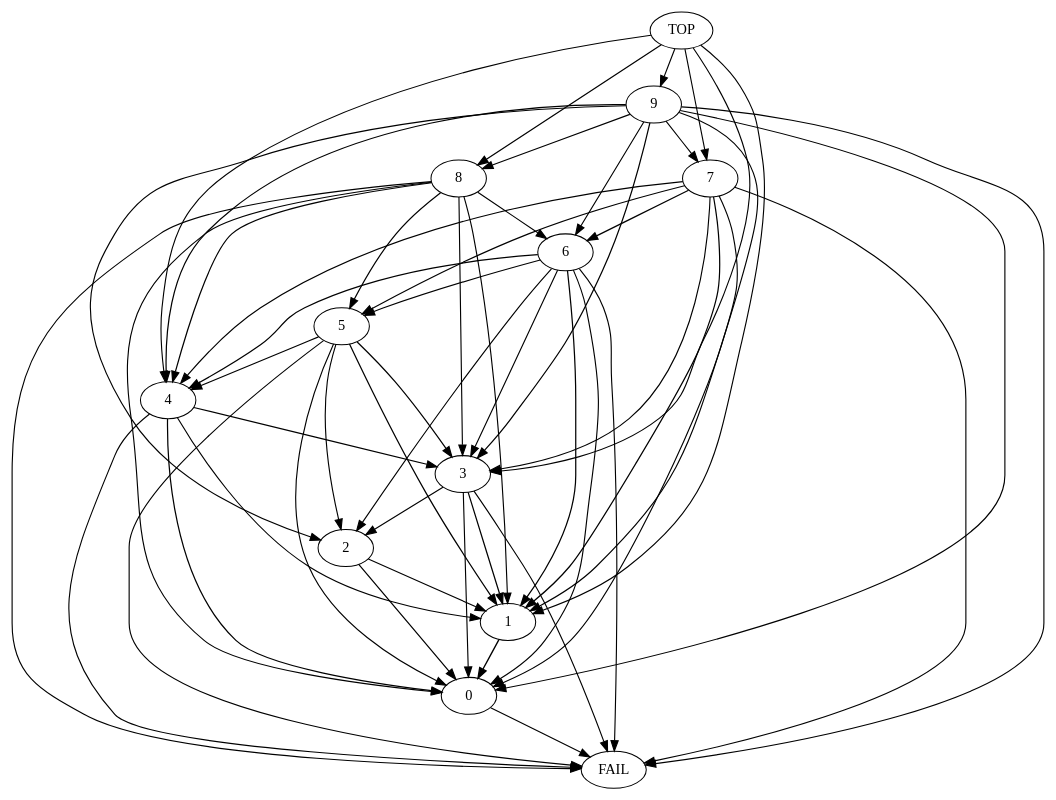
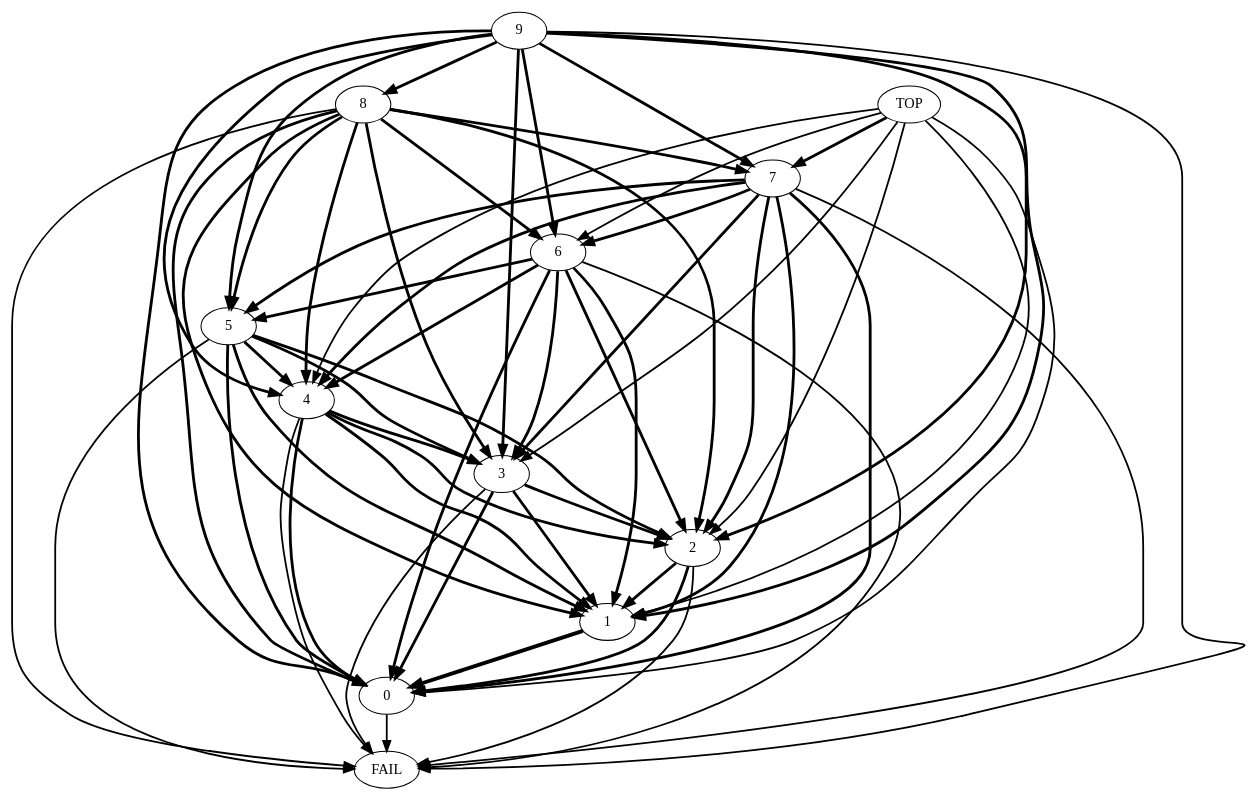
One commit to LostBitset/quiver_se changed the diagram in go_project/quiver-gviz/reprdigraph.dot. Above: the diagram before and after it, drawn with Graphviz. The commit also changed 2 other files, not shown here.

```diff
--- a/go_project/quiver-gviz/reprdigraph.dot
+++ b/go_project/quiver-gviz/reprdigraph.dot
@@ -1,70 +1,77 @@
 digraph  {
 	
-	n5[label="0"];
-	n6[label="1"];
-	n11[label="2"];
-	n4[label="3"];
-	n3[label="4"];
-	n8[label="5"];
-	n2[label="6"];
-	n1[label="7"];
-	n10[label="8"];
-	n9[label="9"];
-	n7[label="FAIL"];
+	n2[label="0"];
+	n7[label="1"];
+	n6[label="2"];
+	n5[label="3"];
+	n4[label="4"];
+	n3[label="5"];
+	n1[label="6"];
+	n9[label="7"];
+	n11[label="8"];
+	n10[label="9"];
+	n8[label="FAIL"];
 	n12[label="TOP"];
-	n5->n7[penwidth="1.1"];
-	n6->n5[penwidth="1.3"];
-	n11->n6[penwidth="1.1"];
-	n11->n5[penwidth="1.2"];
-	n4->n5[penwidth="1.1"];
-	n4->n6[penwidth="1.2"];
-	n4->n11[penwidth="1.1"];
-	n4->n7[penwidth="1.1"];
-	n3->n5[penwidth="1.2"];
-	n3->n4[penwidth="1.1"];
-	n3->n7[penwidth="1.1"];
-	n3->n6[penwidth="1.1"];
-	n8->n4[penwidth="1.2"];
-	n8->n7[penwidth="1.1"];
-	n8->n6[penwidth="1.2"];
-	n8->n3[penwidth="1.2"];
-	n8->n11[penwidth="1.1"];
-	n8->n5[penwidth="1.1"];
-	n2->n11[penwidth="1.1"];
-	n2->n6[penwidth="1.2"];
-	n2->n8[penwidth="1.1"];
-	n2->n3[penwidth="1.2"];
-	n2->n7[penwidth="1.1"];
-	n2->n5[penwidth="1.1"];
-	n2->n4[penwidth="1.1"];
-	n1->n4[penwidth="1.1"];
-	n1->n6[penwidth="1.2"];
-	n1->n5[penwidth="1.1"];
-	n1->n7[penwidth="1.1"];
-	n1->n3[penwidth="1.1"];
-	n1->n2[penwidth="1.2"];
-	n1->n8[penwidth="1.1"];
-	n10->n8[penwidth="1.2"];
-	n10->n6[penwidth="1.1"];
-	n10->n4[penwidth="1.1"];
-	n10->n7[penwidth="1.1"];
-	n10->n3[penwidth="1.2"];
-	n10->n5[penwidth="1.1"];
-	n10->n2[penwidth="1.1"];
-	n9->n6[penwidth="1.1"];
-	n9->n1[penwidth="1.1"];
-	n9->n5[penwidth="1.1"];
-	n9->n11[penwidth="1.1"];
-	n9->n2[penwidth="1.1"];
-	n9->n7[penwidth="1.1"];
-	n9->n4[penwidth="1.2"];
-	n9->n3[penwidth="1.2"];
-	n9->n10[penwidth="1.2"];
-	n12->n4[penwidth="1.1"];
-	n12->n6[penwidth="1.1"];
-	n12->n1[penwidth="1.1"];
-	n12->n9[penwidth="1.1"];
-	n12->n3[penwidth="1.1"];
-	n12->n10[penwidth="1.2"];
+	n2->n8[penwidth="1.75"];
+	n7->n2[penwidth="3.75"];
+	n6->n2[penwidth="2.75"];
+	n6->n8[penwidth="1.75"];
+	n6->n7[penwidth="2.75"];
+	n5->n7[penwidth="2.75"];
+	n5->n8[penwidth="1.75"];
+	n5->n6[penwidth="2.75"];
+	n5->n2[penwidth="2.75"];
+	n4->n2[penwidth="2.75"];
+	n4->n6[penwidth="2.75"];
+	n4->n5[penwidth="2.75"];
+	n4->n8[penwidth="1.75"];
+	n4->n7[penwidth="2.75"];
+	n3->n2[penwidth="2.75"];
+	n3->n4[penwidth="2.75"];
+	n3->n8[penwidth="1.75"];
+	n3->n6[penwidth="2.75"];
+	n3->n5[penwidth="2.75"];
+	n3->n7[penwidth="2.75"];
+	n1->n2[penwidth="2.75"];
+	n1->n7[penwidth="2.75"];
+	n1->n4[penwidth="2.75"];
+	n1->n8[penwidth="1.75"];
+	n1->n3[penwidth="2.75"];
+	n1->n5[penwidth="2.75"];
+	n1->n6[penwidth="2.75"];
+	n9->n5[penwidth="2.75"];
+	n9->n2[penwidth="2.75"];
+	n9->n7[penwidth="2.75"];
+	n9->n1[penwidth="2.75"];
+	n9->n6[penwidth="2.75"];
+	n9->n3[penwidth="2.75"];
+	n9->n4[penwidth="2.75"];
+	n9->n8[penwidth="1.75"];
+	n11->n1[penwidth="2.75"];
+	n11->n4[penwidth="2.75"];
+	n11->n9[penwidth="2.75"];
+	n11->n2[penwidth="2.75"];
+	n11->n7[penwidth="2.75"];
+	n11->n8[penwidth="1.75"];
+	n11->n6[penwidth="2.75"];
+	n11->n3[penwidth="2.75"];
+	n11->n5[penwidth="2.75"];
+	n10->n2[penwidth="2.75"];
+	n10->n7[penwidth="2.75"];
+	n10->n8[penwidth="1.75"];
+	n10->n9[penwidth="2.75"];
+	n10->n11[penwidth="2.75"];
+	n10->n5[penwidth="2.75"];
+	n10->n6[penwidth="2.75"];
+	n10->n4[penwidth="2.75"];
+	n10->n3[penwidth="2.75"];
+	n10->n1[penwidth="2.75"];
+	n12->n7[penwidth="1.75"];
+	n12->n1[penwidth="1.75"];
+	n12->n2[penwidth="1.75"];
+	n12->n5[penwidth="1.75"];
+	n12->n4[penwidth="1.75"];
+	n12->n9[penwidth="2.75"];
+	n12->n6[penwidth="1.75"];
 	
 }
```
